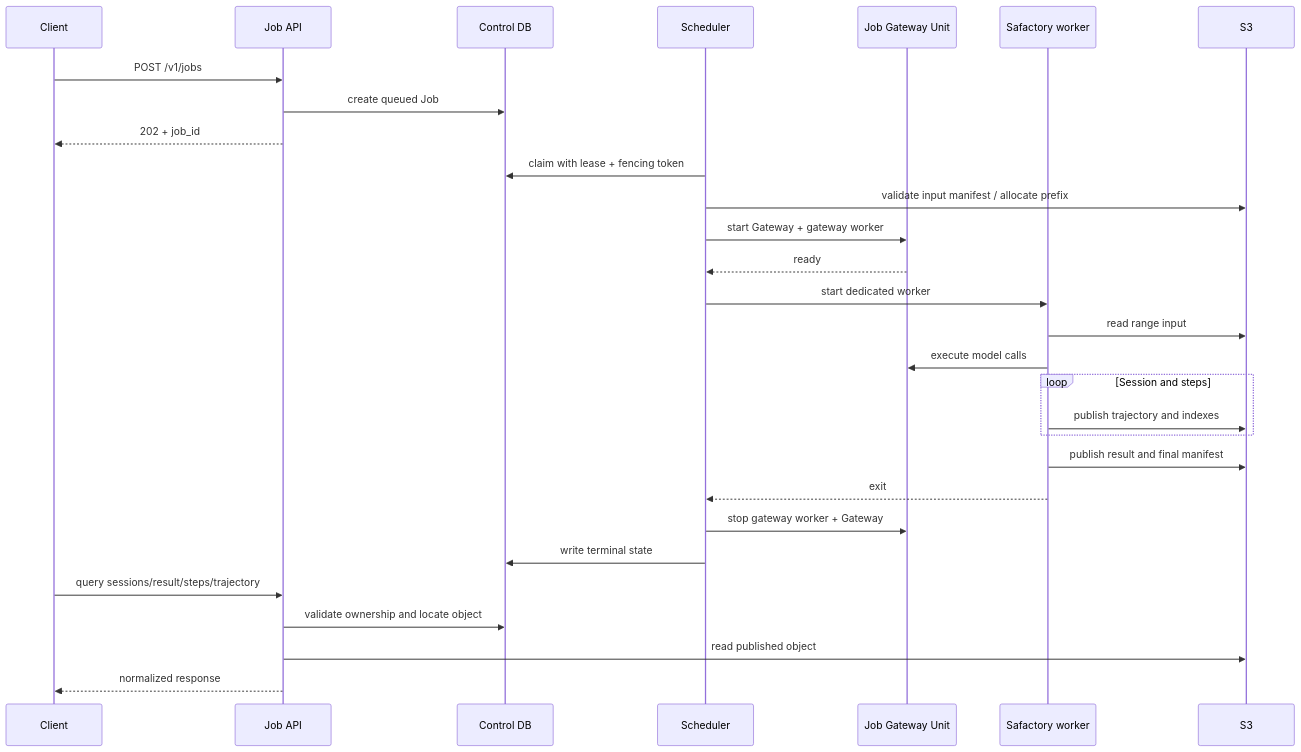
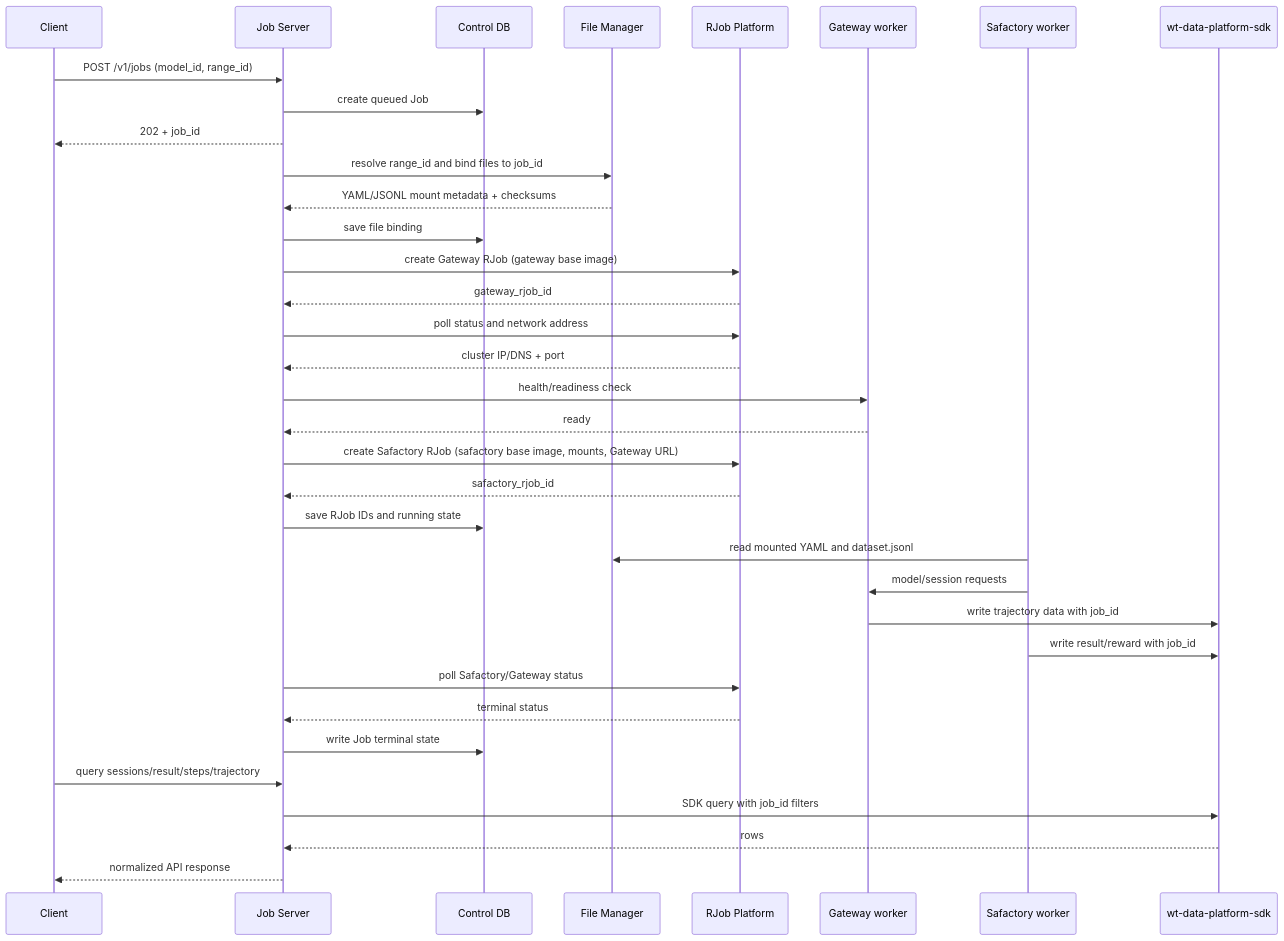
Before and after one commit to BinHuangPJLAB/SafactoryServer: the second of 2 diagrams in docs/PRD.md, drawn with Mermaid. The commit also changed other lines of this file, not shown here.

````diff
--- a/docs/PRD.md
+++ b/docs/PRD.md
@@ -392,32 +334,44 @@
 ```mermaid
 sequenceDiagram
     participant C as Client
-    participant A as Job API
+    participant S as Job Server
     participant D as Control DB
-    participant S as Scheduler
-    participant G as Job Gateway Unit
+    participant F as File Manager
+    participant R as RJob Platform
+    participant G as Gateway worker
     participant W as Safactory worker
-    participant O as S3
+    participant P as wt-data-platform-sdk
 
-    C->>A: POST /v1/jobs
-    A->>D: create queued Job
-    A-->>C: 202 + job_id
-    S->>D: claim with lease + fencing token
-    S->>O: validate input manifest / allocate prefix
-    S->>G: start Gateway + gateway worker
+    C->>S: POST /v1/jobs (model_id, range_id)
+    S->>D: create queued Job
+    S-->>C: 202 + job_id
+
+    S->>F: resolve range_id and bind files to job_id
+    F-->>S: YAML/JSONL mount metadata + checksums
+    S->>D: save file binding
+
+    S->>R: create Gateway RJob (gateway base image)
+    R-->>S: gateway_rjob_id
+    S->>R: poll status and network address
+    R-->>S: cluster IP/DNS + port
+    S->>G: health/readiness check
     G-->>S: ready
-    S->>W: start dedicated worker
-    W->>O: read range input
-    W->>G: execute model calls
-    loop Session and steps
-        W->>O: publish trajectory and indexes
-    end
-    W->>O: publish result and final manifest
-    W-->>S: exit
-    S->>G: stop gateway worker + Gateway
-    S->>D: write terminal state
-    C->>A: query sessions/result/steps/trajectory
-    A->>D: validate ownership and locate object
-    A->>O: read published object
-    A-->>C: normalized response
+
+    S->>R: create Safactory RJob (safactory base image, mounts, Gateway URL)
+    R-->>S: safactory_rjob_id
+    S->>D: save RJob IDs and running state
+
+    W->>F: read mounted YAML and dataset.jsonl
+    W->>G: model/session requests
+    G->>P: write trajectory data with job_id
+    W->>P: write result/reward with job_id
+
+    S->>R: poll Safactory/Gateway status
+    R-->>S: terminal status
+    S->>D: write Job terminal state
+
+    C->>S: query sessions/result/steps/trajectory
+    S->>P: SDK query with job_id filters
+    P-->>S: rows
+    S-->>C: normalized API response
 ```
````
